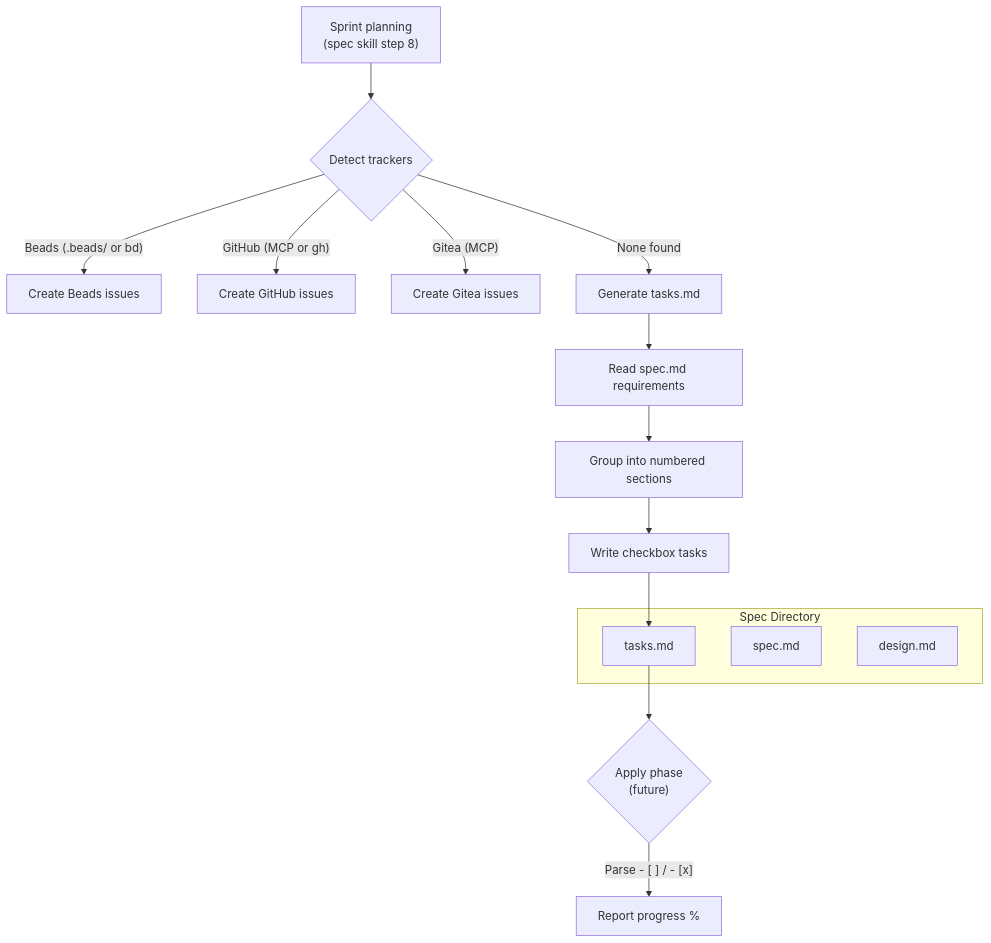
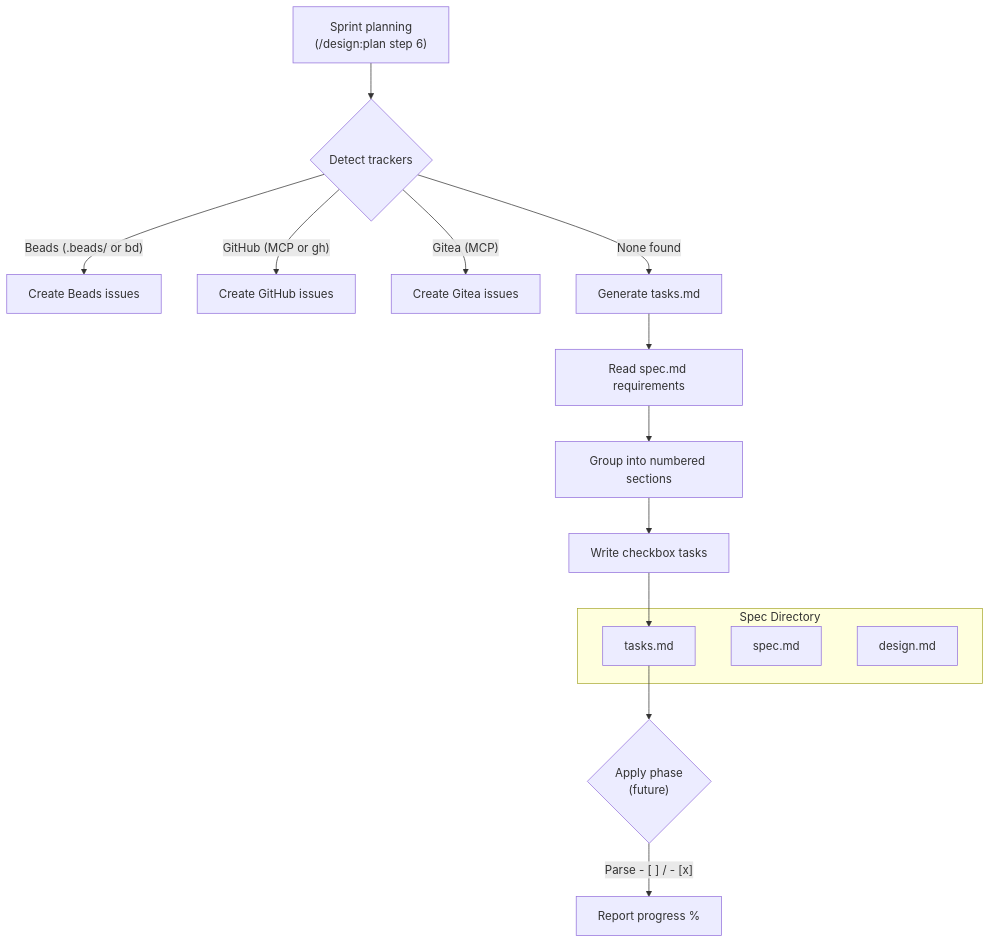
The diagram in docs/openspec/specs/tasks-md-fallback/design.md (joestump/claude-plugin-design), drawn with Mermaid before and after one commit. The commit also changed other lines of this file and 14 other files, not shown here.

````diff
--- a/docs/openspec/specs/tasks-md-fallback/design.md
+++ b/docs/openspec/specs/tasks-md-fallback/design.md
@@ -50,23 +50,23 @@
 ```mermaid
 flowchart TD
-    A["Sprint planning<br/>(spec skill step 8)"] --> B{"Detect trackers"}
+    A["Sprint planning<br/>(/design:plan step 6)"] --> B{"Detect trackers"}
 
     B -->|"Beads (.beads/ or bd)"| C["Create Beads issues"]
     B -->|"GitHub (MCP or gh)"| D["Create GitHub issues"]
     B -->|"Gitea (MCP)"| E["Create Gitea issues"]
     B -->|"None found"| F["Generate tasks.md"]
 
     F --> G["Read spec.md requirements"]
     G --> H["Group into numbered sections"]
     H --> I["Write checkbox tasks"]
     I --> J["docs/openspec/specs/{name}/tasks.md"]
 
     subgraph "Spec Directory"
         K["spec.md"]
         L["design.md"]
         J["tasks.md"]
     end
 
     J --> M{"Apply phase<br/>(future)"}
     M -->|"Parse - [ ] / - [x]"| N["Report progress %"]
 ```
````
